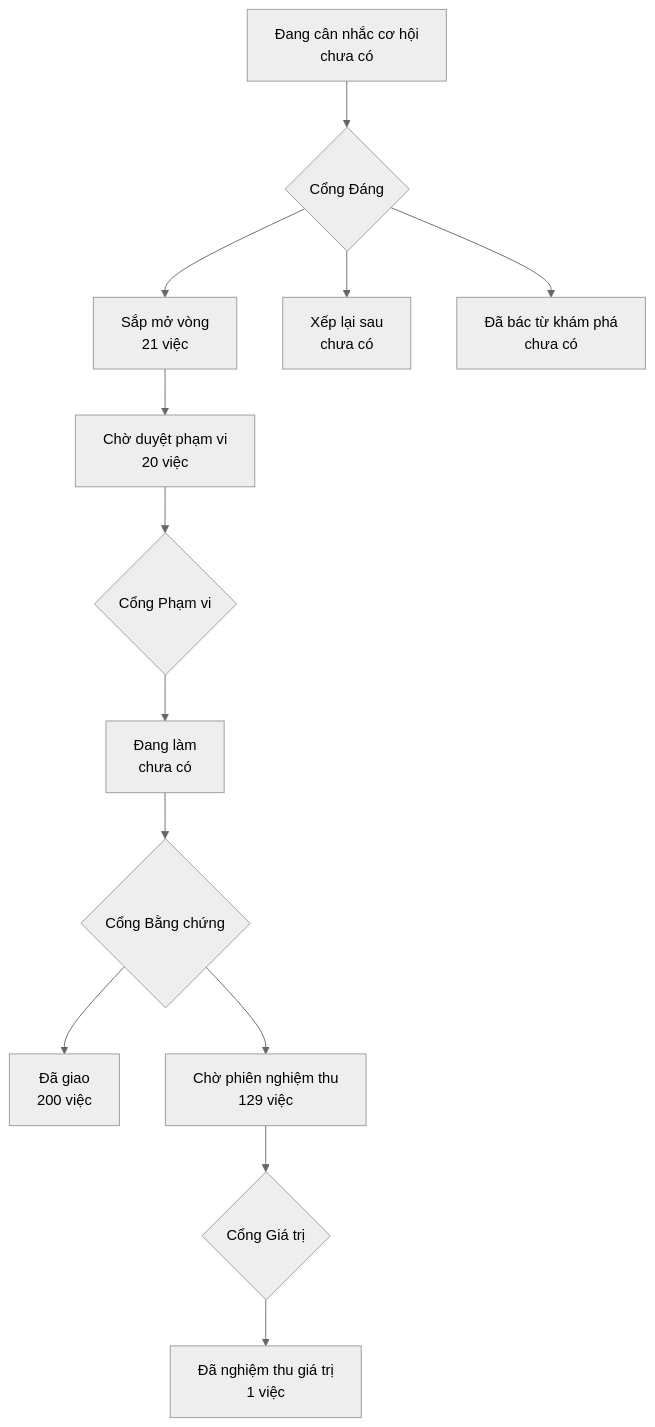
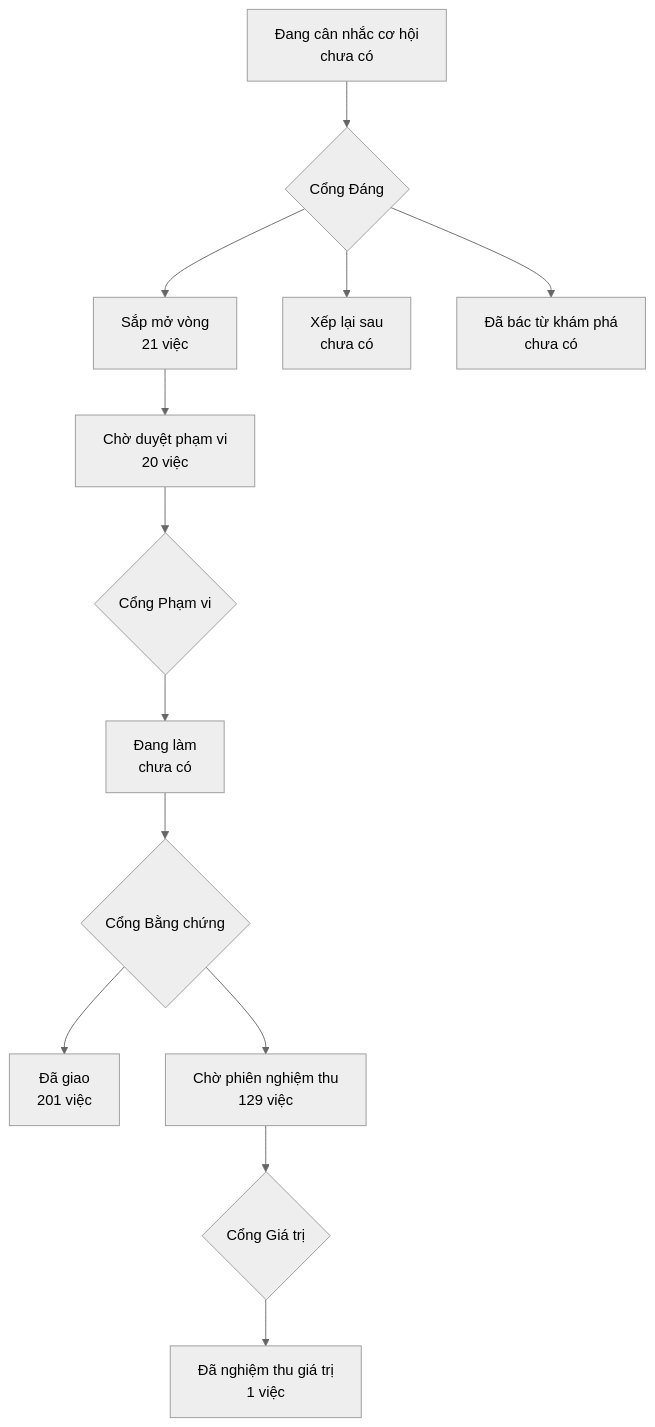
The diagram in PRODUCT-MAP.md (phanlemanh/onehub-invest), drawn with Mermaid (neutral theme) before and after one commit. The commit also changed other lines of this file and 15 other files, not shown here.

````diff
--- a/PRODUCT-MAP.md
+++ b/PRODUCT-MAP.md
@@ -7,12 +7,12 @@
 ```mermaid
 flowchart TD
   A["Đang cân nhắc cơ hội<br/>chưa có"] --> GD{"Cổng Đáng"}
   GD --> B["Sắp mở vòng<br/>21 việc"]
   GD --> XL["Xếp lại sau<br/>chưa có"]
   GD --> DB["Đã bác từ khám phá<br/>chưa có"]
   B --> CD["Chờ duyệt phạm vi<br/>20 việc"] --> GP{"Cổng Phạm vi"}
   GP --> DL["Đang làm<br/>chưa có"] --> GB{"Cổng Bằng chứng"}
-  GB --> DG["Đã giao<br/>200 việc"]
+  GB --> DG["Đã giao<br/>201 việc"]
   GB --> CN["Chờ phiên nghiệm thu<br/>129 việc"] --> GG{"Cổng Giá trị"}
   GG --> NT["Đã nghiệm thu giá trị<br/>1 việc"]
 ```
````
